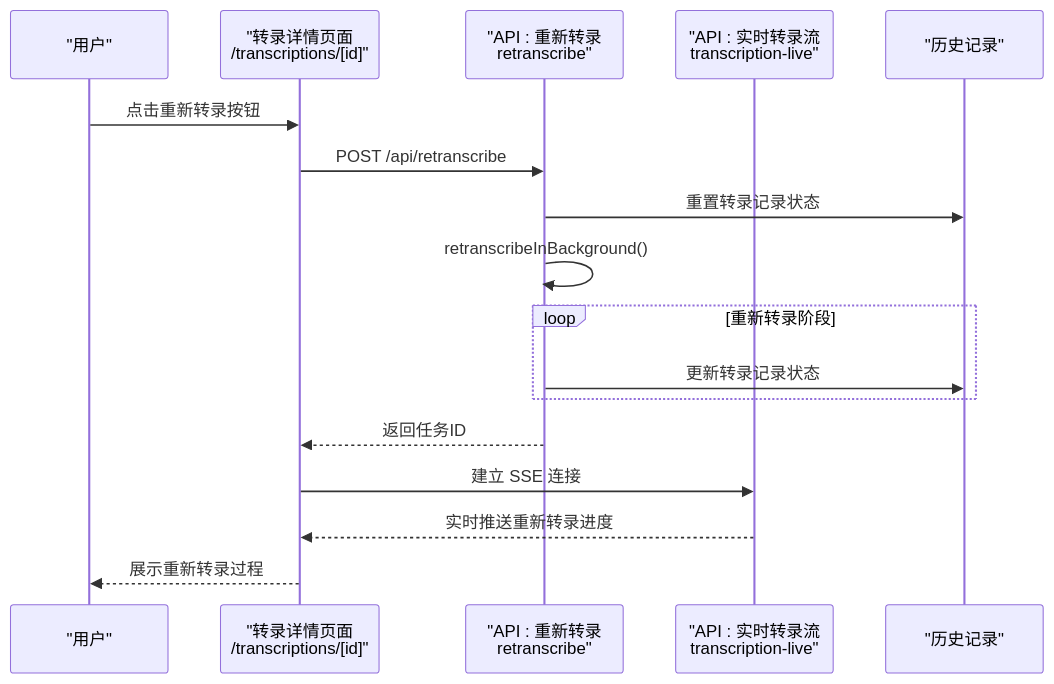
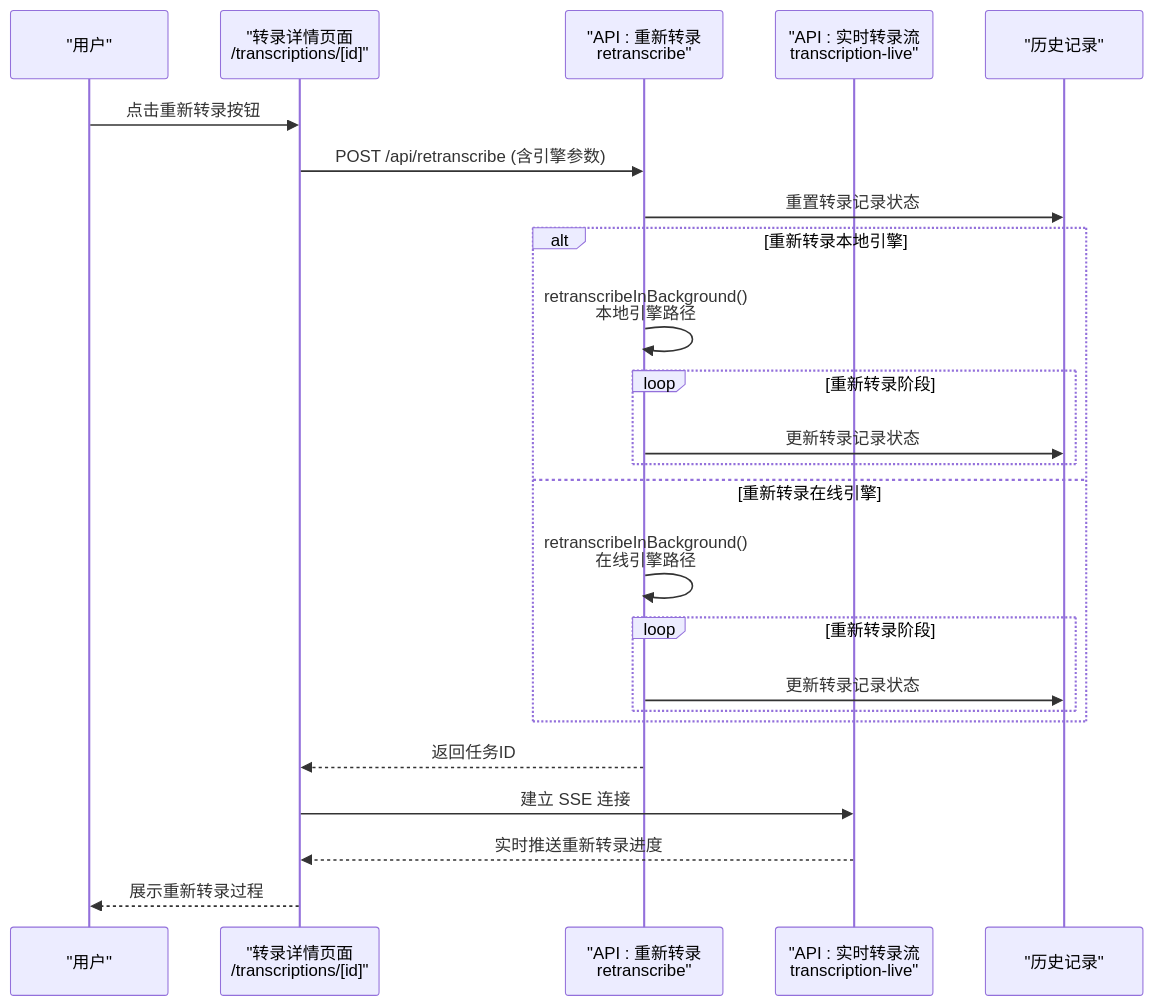
One commit to clawbotai/memo-flow changed the tenth of 22 diagrams in .qoder/repowiki/zh/content/核心功能模块/播客转录功能.md. Above: the diagram before and after it, drawn with Mermaid. The commit also changed other lines of this file and 4 other files, not shown here.

````diff
--- a/.qoder/repowiki/zh/content/核心功能模块/播客转录功能.md
+++ b/.qoder/repowiki/zh/content/核心功能模块/播客转录功能.md
@@ -397,19 +484,26 @@
 ```mermaid
 sequenceDiagram
 participant U as "用户"
 participant D as "转录详情页面<br/>/transcriptions/[id]"
 participant A1 as "API : 重新转录<br/>retranscribe"
 participant A2 as "API : 实时转录流<br/>transcription-live"
 participant H as "历史记录"
 U->>D : 点击重新转录按钮
-D->>A1 : POST /api/retranscribe
+D->>A1 : POST /api/retranscribe (含引擎参数)
 A1->>H : 重置转录记录状态
-A1->>A1 : retranscribeInBackground()
+Alt 重新转录本地引擎
+A1->>A1 : retranscribeInBackground()<br/>本地引擎路径
 loop 重新转录阶段
 A1->>H : 更新转录记录状态
 end
+Else 重新转录在线引擎
+A1->>A1 : retranscribeInBackground()<br/>在线引擎路径
+loop 重新转录阶段
+A1->>H : 更新转录记录状态
+end
+End
 A1-->>D : 返回任务ID
 D->>A2 : 建立 SSE 连接
 A2-->>D : 实时推送重新转录进度
 D-->>U : 展示重新转录过程
 ```
````
